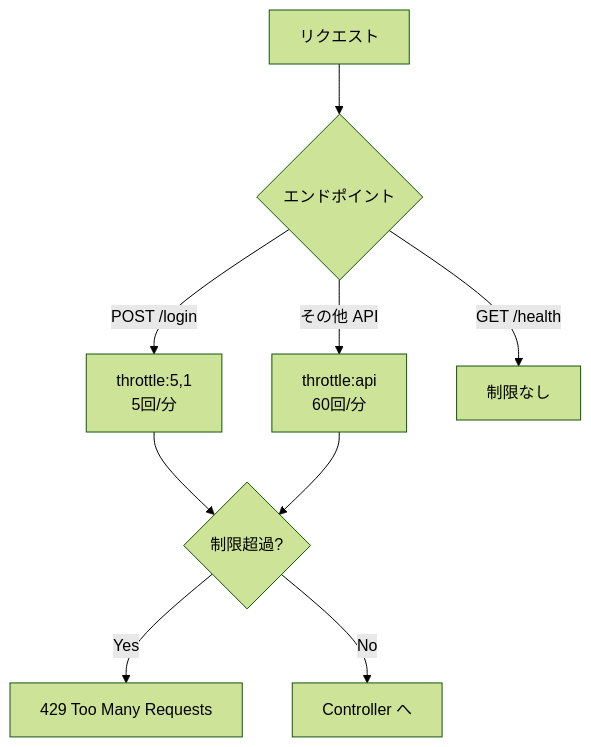
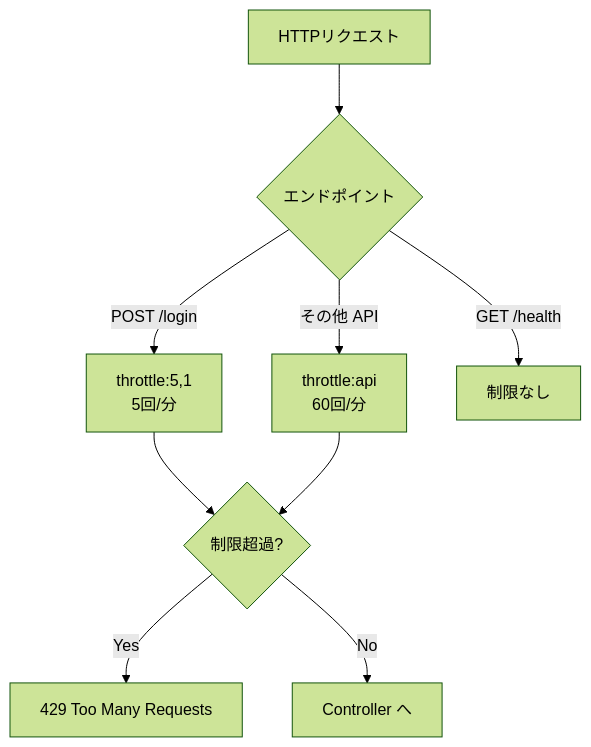
Before and after one commit to miyazakisora111/time-attendance: the diagram in docs/dev/rate-limiting-design.md, drawn with Mermaid (forest theme). The commit also changed other lines of this file and 88 other files, not shown here.

````diff
--- a/docs/dev/rate-limiting-design.md
+++ b/docs/dev/rate-limiting-design.md
@@ -21,12 +21,12 @@
 ```mermaid
 flowchart TD
-    A[リクエスト] --> B{エンドポイント}
+    A[HTTPリクエスト] --> B{エンドポイント}
     B -->|POST /login| C["throttle:5,1<br/>5回/分"]
     B -->|その他 API| D["throttle:api<br/>60回/分"]
     B -->|GET /health| E[制限なし]
 
     C --> F{制限超過?}
     D --> F
     F -- Yes --> G["429 Too Many Requests"]
     F -- No --> H[Controller へ]
 ```
````
